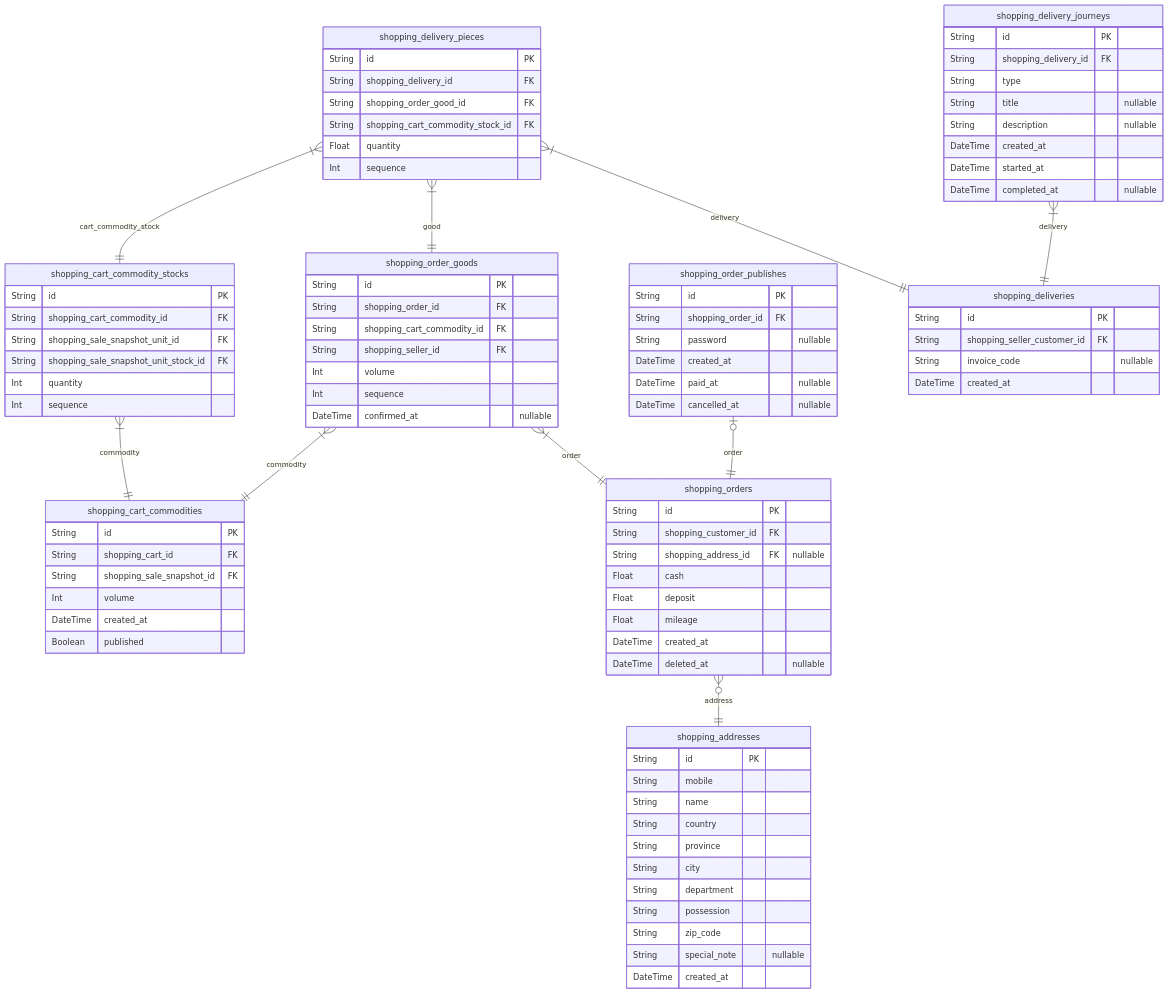
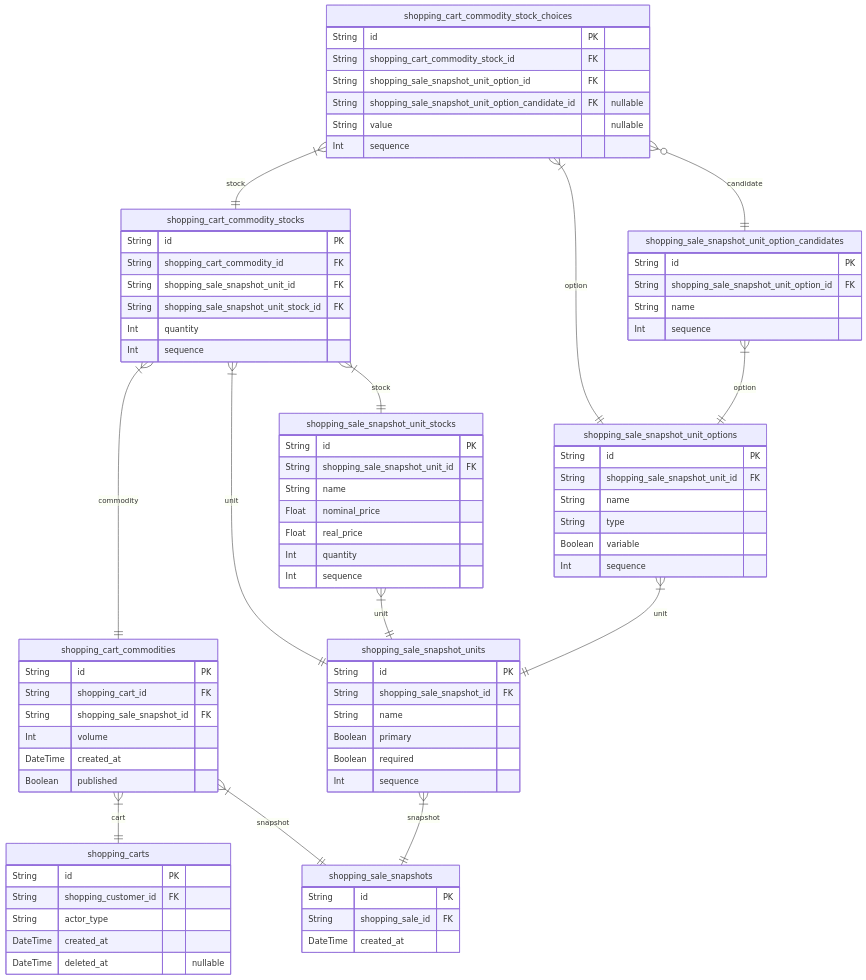
One commit to samchon/prisma-markdown changed the fifth of 9 diagrams in ERD.md. Above: the diagram before and after it, drawn with Mermaid. The commit also changed 2 other files, not shown here.

Commit message:
New chapter sorting logic.
To sort exact chapter sequence, I've changed its construction logic. By chaning the construction sequence like below, I've succeeded to sort the chatpers as I've wanted, finally.

1. Top `@namespace` tag first
2. Remaining `@namespace` tags later
3. `@describe` tags are after those `@namespace` tags
4. `@erd` tags are the latest

````diff
--- a/ERD.md
+++ b/ERD.md
@@ -1649,17 +1190,11 @@
 ```mermaid
 erDiagram
-"shopping_addresses" {
+"shopping_carts" {
     String id PK
-    String mobile
-    String name
-    String country
-    String province
-    String city
-    String department
-    String possession
-    String zip_code
-    String special_note "nullable"
+    String shopping_customer_id FK
+    String actor_type
     DateTime created_at
+    DateTime deleted_at "nullable"
 }
 "shopping_cart_commodities" {
     String id PK
@@ -1677,64 +1212,60 @@
     Int quantity
     Int sequence
 }
-"shopping_orders" {
+"shopping_cart_commodity_stock_choices" {
     String id PK
-    String shopping_customer_id FK
-    String shopping_address_id FK "nullable"
-    Float cash
-    Float deposit
-    Float mileage
-    DateTime created_at
-    DateTime deleted_at "nullable"
+    String shopping_cart_commodity_stock_id FK
+    String shopping_sale_snapshot_unit_option_id FK
+    String shopping_sale_snapshot_unit_option_candidate_id FK "nullable"
+    String value "nullable"
+    Int sequence
 }
-"shopping_order_goods" {
+"shopping_sale_snapshots" {
     String id PK
-    String shopping_order_id FK
-    String shopping_cart_commodity_id FK
-    String shopping_seller_id FK
-    Int volume
-    Int sequence
-    DateTime confirmed_at "nullable"
-}
-"shopping_order_publishes" {
-    String id PK
-    String shopping_order_id FK
-    String password "nullable"
-    DateTime created_at
-    DateTime paid_at "nullable"
-    DateTime cancelled_at "nullable"
-}
-"shopping_deliveries" {
-    String id PK
-    String shopping_seller_customer_id FK
-    String invoice_code "nullable"
+    String shopping_sale_id FK
     DateTime created_at
 }
-"shopping_delivery_pieces" {
+"shopping_sale_snapshot_units" {
     String id PK
-    String shopping_delivery_id FK
-    String shopping_order_good_id FK
-    String shopping_cart_commodity_stock_id FK
-    Float quantity
+    String shopping_sale_snapshot_id FK
+    String name
+    Boolean primary
+    Boolean required
     Int sequence
 }
-"shopping_delivery_journeys" {
+"shopping_sale_snapshot_unit_options" {
     String id PK
-    String shopping_delivery_id FK
+    String shopping_sale_snapshot_unit_id FK
+    String name
     String type
-    String title "nullable"
-    String description "nullable"
-    DateTime created_at
-    DateTime started_at
-    DateTime completed_at "nullable"
+    Boolean variable
+    Int sequence
 }
+"shopping_sale_snapshot_unit_option_candidates" {
+    String id PK
+    String shopping_sale_snapshot_unit_option_id FK
+    String name
+    Int sequence
+}
+"shopping_sale_snapshot_unit_stocks" {
+    String id PK
+    String shopping_sale_snapshot_unit_id FK
+    String name
+    Float nominal_price
+    Float real_price
+    Int quantity
+    Int sequence
+}
+"shopping_cart_commodities" }|--|| "shopping_carts" : cart
+"shopping_cart_commodities" }|--|| "shopping_sale_snapshots" : snapshot
 "shopping_cart_commodity_stocks" }|--|| "shopping_cart_commodities" : commodity
-"shopping_orders" }o--|| "shopping_addresses" : address
-"shopping_order_goods" }|--|| "shopping_orders" : order
-"shopping_order_goods" }|--|| "shopping_cart_commodities" : commodity
-"shopping_order_publishes" |o--|| "shopping_orders" : order
-"shopping_delivery_pieces" }|--|| "shopping_deliveries" : delivery
-"shopping_delivery_pieces" }|--|| "shopping_order_goods" : good
-"shopping_delivery_pieces" }|--|| "shopping_cart_commodity_stocks" : cart_commodity_stock
-"shopping_delivery_journeys" }|--|| "shopping_deliveries" : delivery
+"shopping_cart_commodity_stocks" }|--|| "shopping_sale_snapshot_units" : unit
+"shopping_cart_commodity_stocks" }|--|| "shopping_sale_snapshot_unit_stocks" : stock
+"shopping_cart_commodity_stock_choices" }|--|| "shopping_cart_commodity_stocks" : stock
+"shopping_cart_commodity_stock_choices" }|--|| "shopping_sale_snapshot_unit_options" : option
+"shopping_cart_commodity_stock_choices" }o--|| "shopping_sale_snapshot_unit_option_candidates" : candidate
+"shopping_sale_snapshot_units" }|--|| "shopping_sale_snapshots" : snapshot
+"shopping_sale_snapshot_unit_options" }|--|| "shopping_sale_snapshot_units" : unit
+"shopping_sale_snapshot_unit_option_candidates" }|--|| "shopping_sale_snapshot_unit_options" : option
+"shopping_sale_snapshot_unit_stocks" }|--|| "shopping_sale_snapshot_units" : unit
 ```
````
